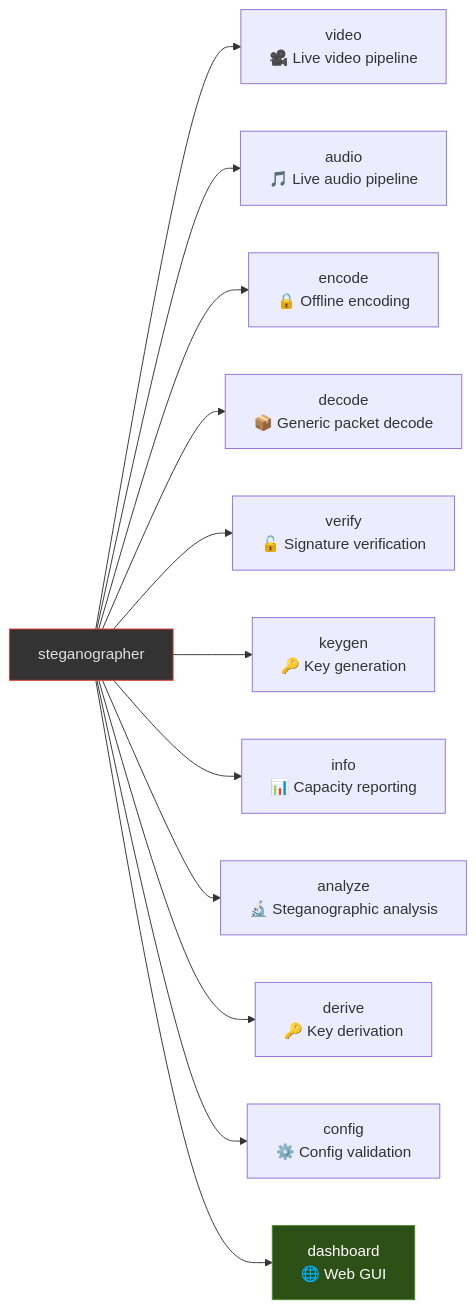
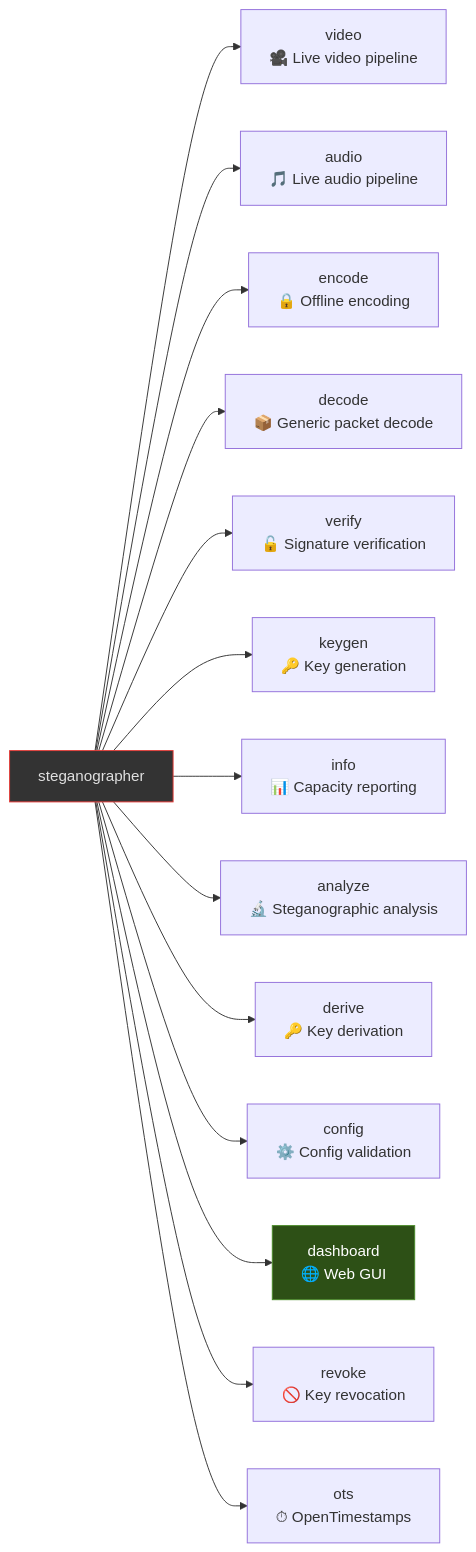
One commit to docxology/steganographer changed the diagram in docs/cli-reference.md. Above: the diagram before and after it, drawn with Mermaid. The commit also changed other lines of this file and 6 other files, not shown here.

````diff
--- a/docs/cli-reference.md
+++ b/docs/cli-reference.md
@@ -9,16 +9,18 @@
 ```mermaid
 flowchart LR
     CLI["steganographer"] --> VIDEO["video\n🎥 Live video pipeline"]
     CLI --> AUDIO["audio\n🎵 Live audio pipeline"]
     CLI --> ENCODE["encode\n🔒 Offline encoding"]
     CLI --> DECODE["decode\n📦 Generic packet decode"]
     CLI --> VERIFY["verify\n🔓 Signature verification"]
     CLI --> KEYGEN["keygen\n🔑 Key generation"]
     CLI --> INFO["info\n📊 Capacity reporting"]
     CLI --> ANALYZE["analyze\n🔬 Steganographic analysis"]
     CLI --> DERIVE["derive\n🔑 Key derivation"]
     CLI --> CONFIG["config\n⚙️ Config validation"]
     CLI --> DASH["dashboard\n🌐 Web GUI"]
+    CLI --> REVOKE["revoke\n🚫 Key revocation"]
+    CLI --> OTS["ots\n⏱ OpenTimestamps"]
     style CLI fill:#333,stroke:#e53935,color:#e0e0e0
     style DASH fill:#2d5016,stroke:#4a8c2a,color:#fff
 ```
````
